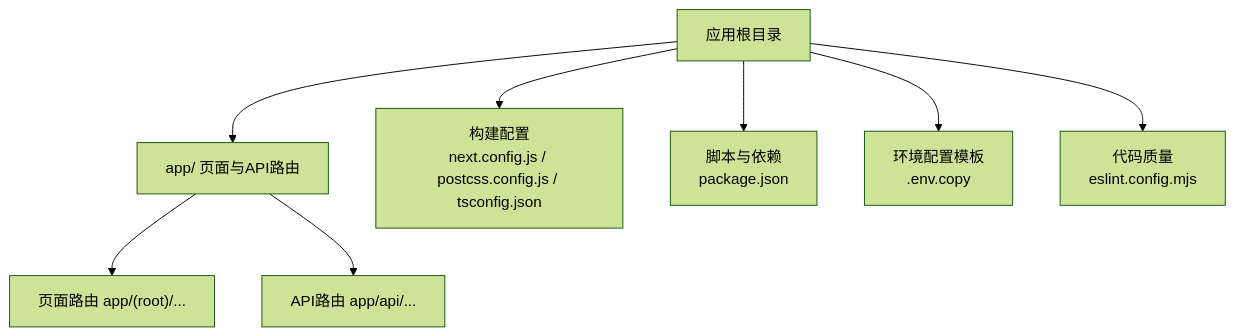
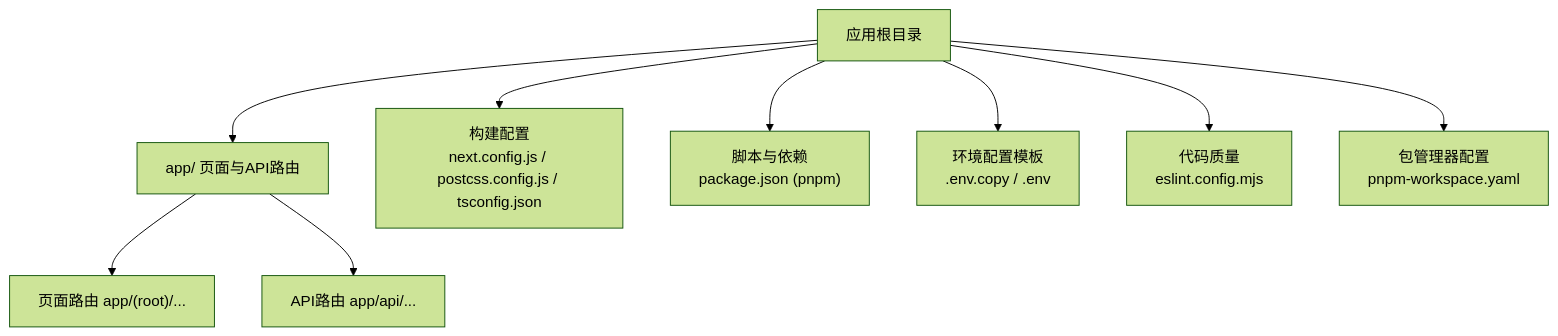
One commit to florianjsun/next-portfolio changed the first of 5 diagrams in .qoder/repowiki/zh/content/配置指南/构建部署配置.md. Above: the diagram before and after it, drawn with Mermaid (forest theme). The commit also changed other lines of this file and 80 other files, not shown here.

````diff
--- a/.qoder/repowiki/zh/content/配置指南/构建部署配置.md
+++ b/.qoder/repowiki/zh/content/配置指南/构建部署配置.md
@@ -44,10 +57,11 @@
 ```mermaid
 graph TB
 A["应用根目录"] --> B["app/ 页面与API路由"]
 A --> C["构建配置<br/>next.config.js / postcss.config.js / tsconfig.json"]
-A --> D["脚本与依赖<br/>package.json"]
-A --> E["环境配置模板<br/>.env.copy"]
+A --> D["脚本与依赖<br/>package.json (pnpm)"]
+A --> E["环境配置模板<br/>.env.copy / .env"]
 A --> F["代码质量<br/>eslint.config.mjs"]
+A --> G["包管理器配置<br/>pnpm-workspace.yaml"]
 B --> B1["页面路由 app/(root)/..."]
 B --> B2["API路由 app/api/..."]
 ```
````
